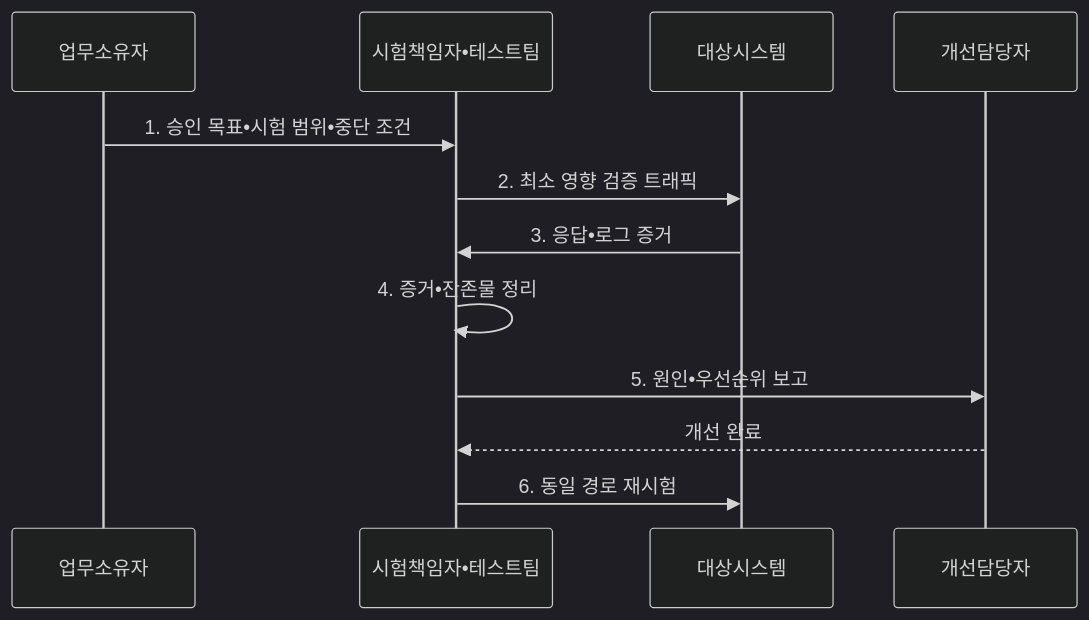
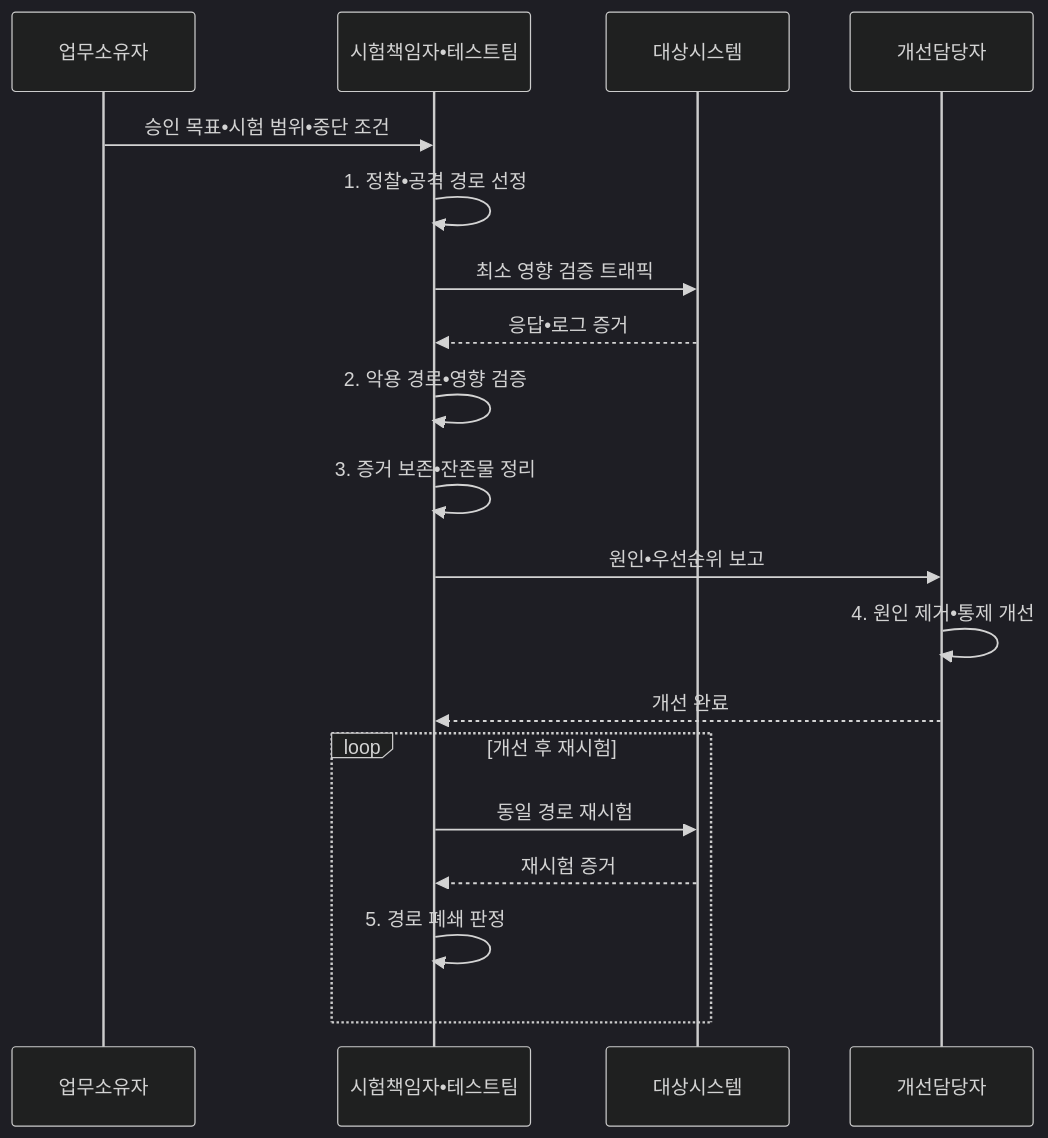
The second of 2 diagrams in src/content/docs/notes/05-security/041_penetration_testing_methodology.md (agnusdei1207/knowledge-base), drawn with Mermaid (dark theme) before and after one commit. The commit also changed other lines of this file and 19 other files, not shown here.

````diff
--- a/src/content/docs/notes/05-security/041_penetration_testing_methodology.md
+++ b/src/content/docs/notes/05-security/041_penetration_testing_methodology.md
@@ -102,14 +102,21 @@
 ```mermaid
 sequenceDiagram
     participant 업무소유자
     participant 테스트팀 as 시험책임자•테스트팀
     participant 대상시스템
     participant 개선담당자
-    업무소유자->>테스트팀: 1. 승인 목표•시험 범위•중단 조건
-    테스트팀->>대상시스템: 2. 최소 영향 검증 트래픽
-    대상시스템->>테스트팀: 3. 응답•로그 증거
-    테스트팀->>테스트팀: 4. 증거•잔존물 정리
-    테스트팀->>개선담당자: 5. 원인•우선순위 보고
+    업무소유자->>테스트팀: 승인 목표•시험 범위•중단 조건
+    테스트팀->>테스트팀: 1. 정찰•공격 경로 선정
+    테스트팀->>대상시스템: 최소 영향 검증 트래픽
+    대상시스템-->>테스트팀: 응답•로그 증거
+    테스트팀->>테스트팀: 2. 악용 경로•영향 검증
+    테스트팀->>테스트팀: 3. 증거 보존•잔존물 정리
+    테스트팀->>개선담당자: 원인•우선순위 보고
+    개선담당자->>개선담당자: 4. 원인 제거•통제 개선
     개선담당자-->>테스트팀: 개선 완료
-    테스트팀->>대상시스템: 6. 동일 경로 재시험
+    loop 개선 후 재시험
+        테스트팀->>대상시스템: 동일 경로 재시험
+        대상시스템-->>테스트팀: 재시험 증거
+        테스트팀->>테스트팀: 5. 경로 폐쇄 판정
+    end
 ```
````
